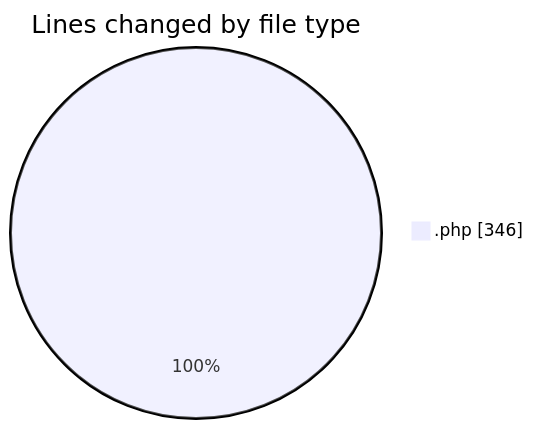
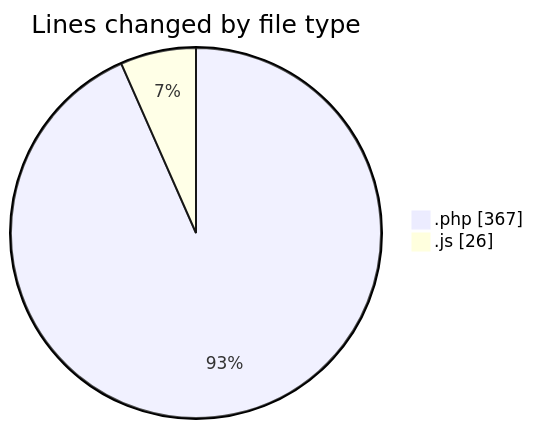
The first of 2 diagrams in 2025-03-26/kml/README.md (LanceThiago/code-tracking), drawn with Mermaid before and after one commit. The commit also changed other lines of this file and 1 other file, not shown here.

````diff
--- a/2025-03-26/kml/README.md
+++ b/2025-03-26/kml/README.md
@@ -20,5 +22,6 @@
 ```mermaid
 pie showData
 title Lines changed by file type
-".php" : 346
+".php" : 367
+".js" : 26
 ```
````
